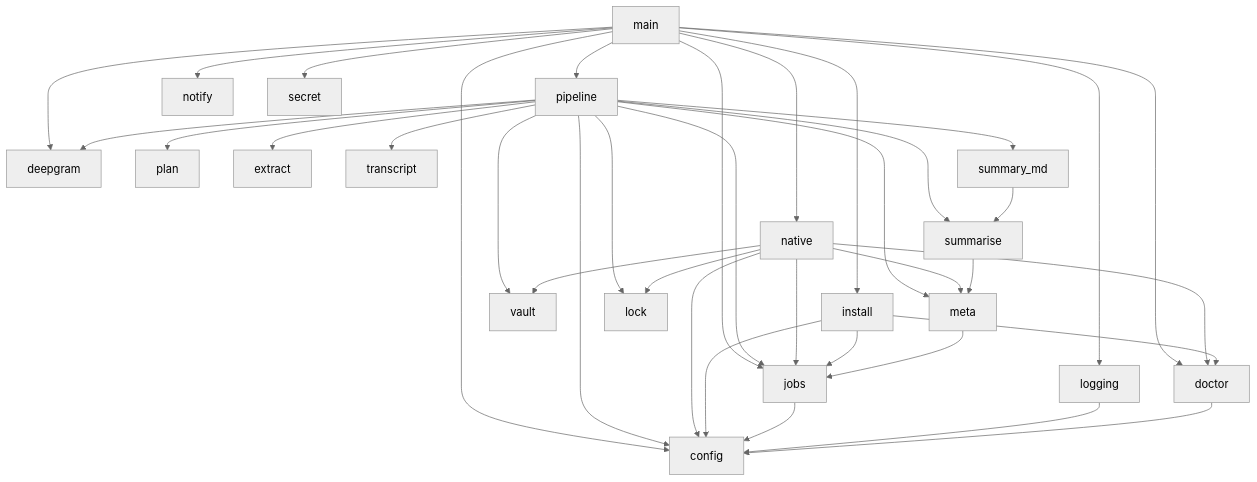
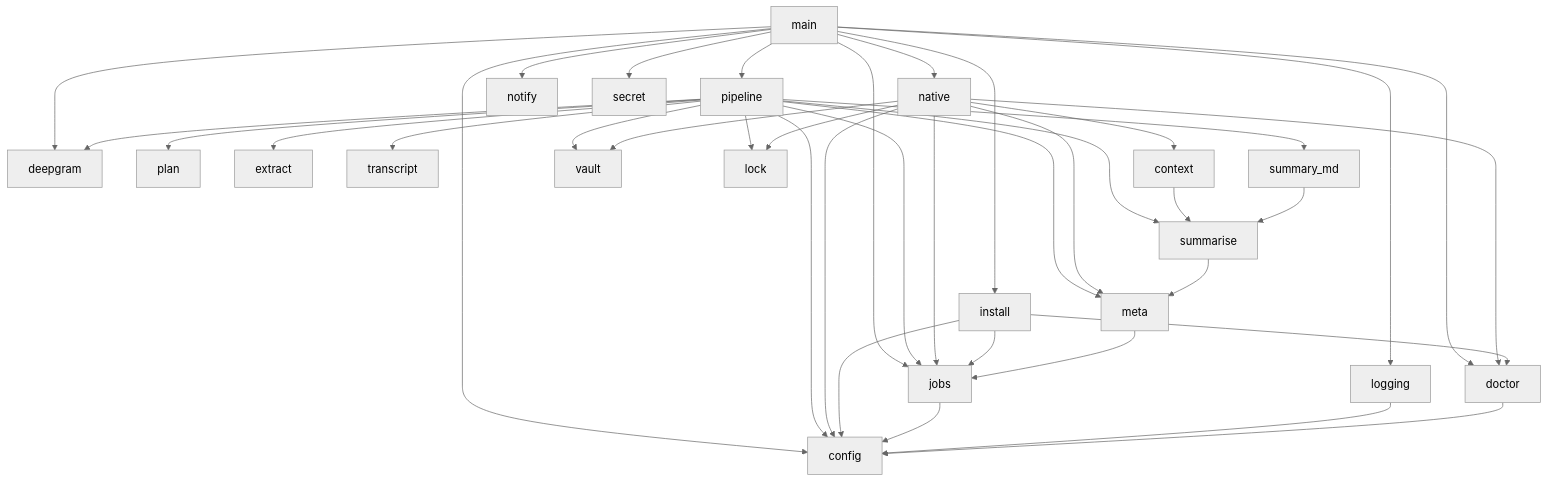
One commit to masnun-siam/meeting-manager changed the diagram in docs/tool.md. Above: the diagram before and after it, drawn with Mermaid (neutral theme). The commit also changed other lines of this file and 6 other files, not shown here.

Commit message:
feat(#95): context.json limits and native host

````diff
--- a/docs/tool.md
+++ b/docs/tool.md
@@ -55,13 +56,14 @@
 ```mermaid
 flowchart TD
     main --> pipeline & native & install & doctor & notify & logging & secret & deepgram & jobs & config
     pipeline --> plan & extract & deepgram & transcript & summarise & summary_md & vault & meta & jobs & lock & config
-    native --> jobs & lock & doctor & config & vault & meta
+    native --> jobs & lock & doctor & config & vault & meta & context
+    context --> summarise
     install --> doctor & jobs & config
     summary_md --> summarise
     summarise --> meta
     meta --> jobs
     jobs --> config
     logging --> config
     doctor --> config
 ```
````
